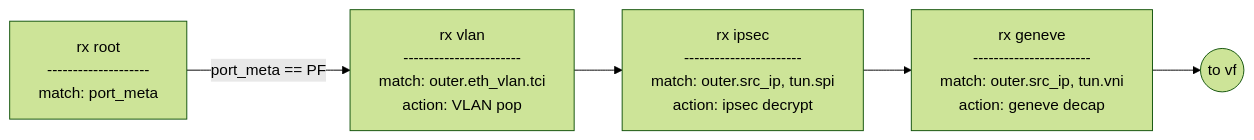
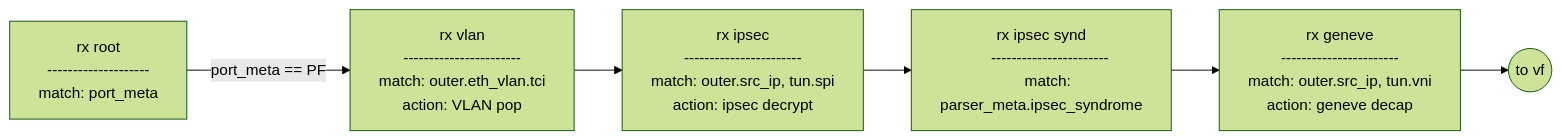
Before and after one commit to edmundselliot/doca-cloud: the second of 2 diagrams in README.md, drawn with Mermaid (forest theme). The commit also changed other lines of this file and 3 other files, not shown here.

Commit message:
Add ipsec syndrome pipe

````diff
--- a/README.md
+++ b/README.md
@@ -62,28 +61,34 @@
 ```mermaid
 flowchart LR
     A[rx root
     --------------------
     match: port_meta]
 
     B[rx geneve
     -----------------------
     match: outer.src_ip, tun.vni
     action: geneve decap]
 
     C[rx ipsec
     -----------------------
     match: outer.src_ip, tun.spi
     action: ipsec decrypt]
 
-    D[rx vlan
+    D[rx ipsec synd
+    -----------------------
+    match: parser_meta.ipsec_syndrome
+    ]
+
+    E[rx vlan
     -----------------------
     match: outer.eth_vlan.tci
     action: VLAN pop]
 
-    E((to vf))
+    F((to vf))
 
-    A -->|port_meta == PF| D
-    D --> C
-    C --> B
-    B --> E
+    A -->|port_meta == PF| E
+    E --> C
+    C --> D
+    D --> B
+    B --> F
 ```
````
